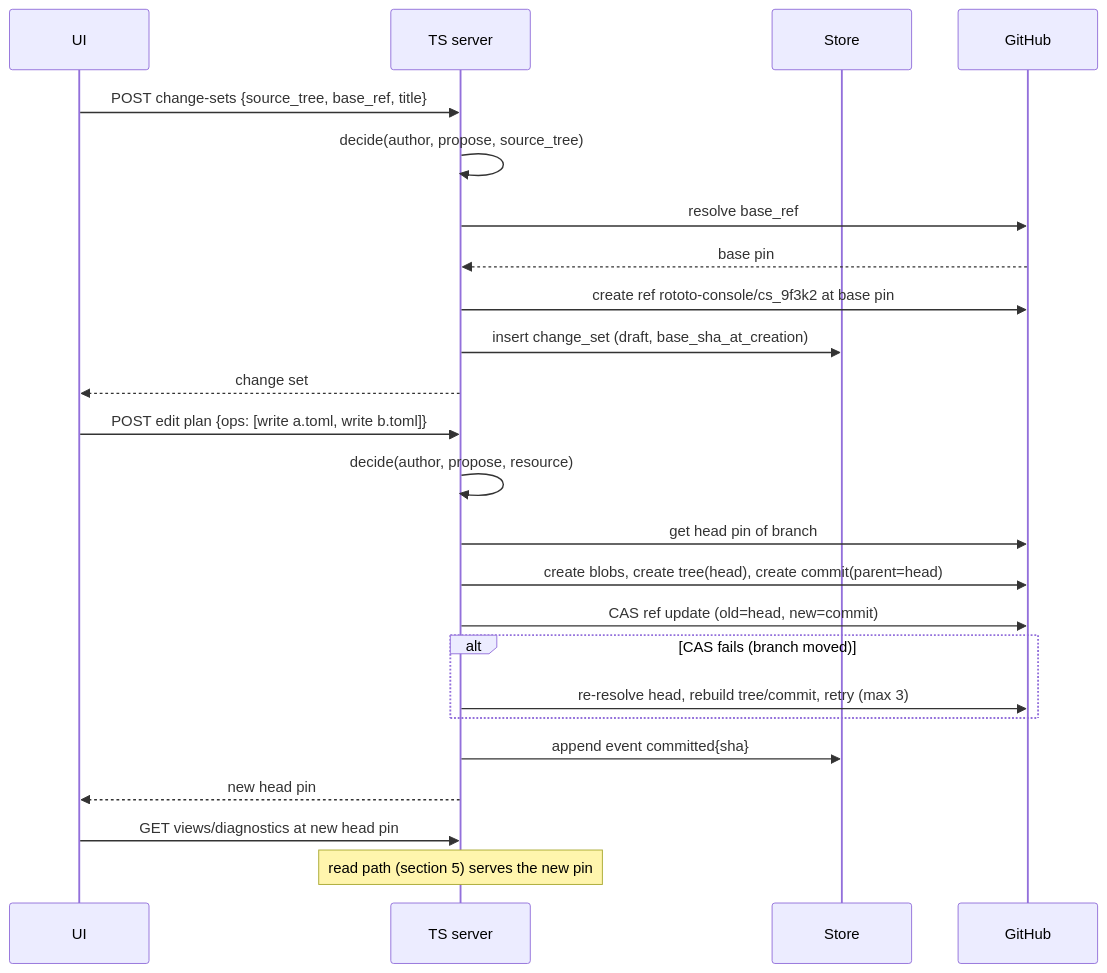
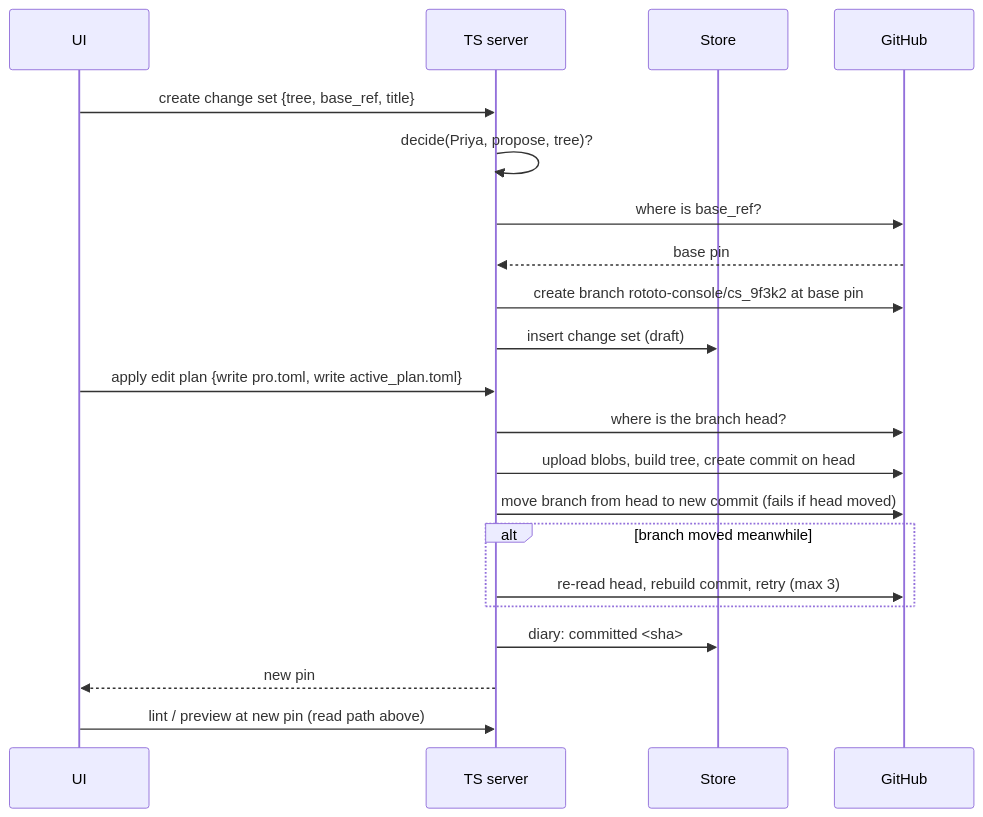
One commit to manasgarg/rototo changed the third of 5 diagrams in design/console-git-ops.md. Above: the diagram before and after it, drawn with Mermaid. The commit also changed other lines of this file, not shown here.

Commit message:
Rewrite git-ops spec in plain conversational voice

````diff
--- a/design/console-git-ops.md
+++ b/design/console-git-ops.md
@@ -208,28 +241,24 @@
 ```mermaid
 sequenceDiagram
     participant UI
     participant TS as TS server
     participant ST as Store
     participant GH as GitHub
 
-    UI->>TS: POST change-sets {source_tree, base_ref, title}
-    TS->>TS: decide(author, propose, source_tree)
-    TS->>GH: resolve base_ref
+    UI->>TS: create change set {tree, base_ref, title}
+    TS->>TS: decide(Priya, propose, tree)?
+    TS->>GH: where is base_ref?
     GH-->>TS: base pin
-    TS->>GH: create ref rototo-console/cs_9f3k2 at base pin
-    TS->>ST: insert change_set (draft, base_sha_at_creation)
-    TS-->>UI: change set
-
-    UI->>TS: POST edit plan {ops: [write a.toml, write b.toml]}
-    TS->>TS: decide(author, propose, resource)
-    TS->>GH: get head pin of branch
-    TS->>GH: create blobs, create tree(head), create commit(parent=head)
-    TS->>GH: CAS ref update (old=head, new=commit)
-    alt CAS fails (branch moved)
-        TS->>GH: re-resolve head, rebuild tree/commit, retry (max 3)
+    TS->>GH: create branch rototo-console/cs_9f3k2 at base pin
+    TS->>ST: insert change set (draft)
+    UI->>TS: apply edit plan {write pro.toml, write active_plan.toml}
+    TS->>GH: where is the branch head?
+    TS->>GH: upload blobs, build tree, create commit on head
+    TS->>GH: move branch from head to new commit (fails if head moved)
+    alt branch moved meanwhile
+        TS->>GH: re-read head, rebuild commit, retry (max 3)
     end
-    TS->>ST: append event committed{sha}
-    TS-->>UI: new head pin
-    UI->>TS: GET views/diagnostics at new head pin
-    Note over TS: read path (section 5) serves the new pin
+    TS->>ST: diary: committed <sha>
+    TS-->>UI: new pin
+    UI->>TS: lint / preview at new pin (read path above)
 ```
````
